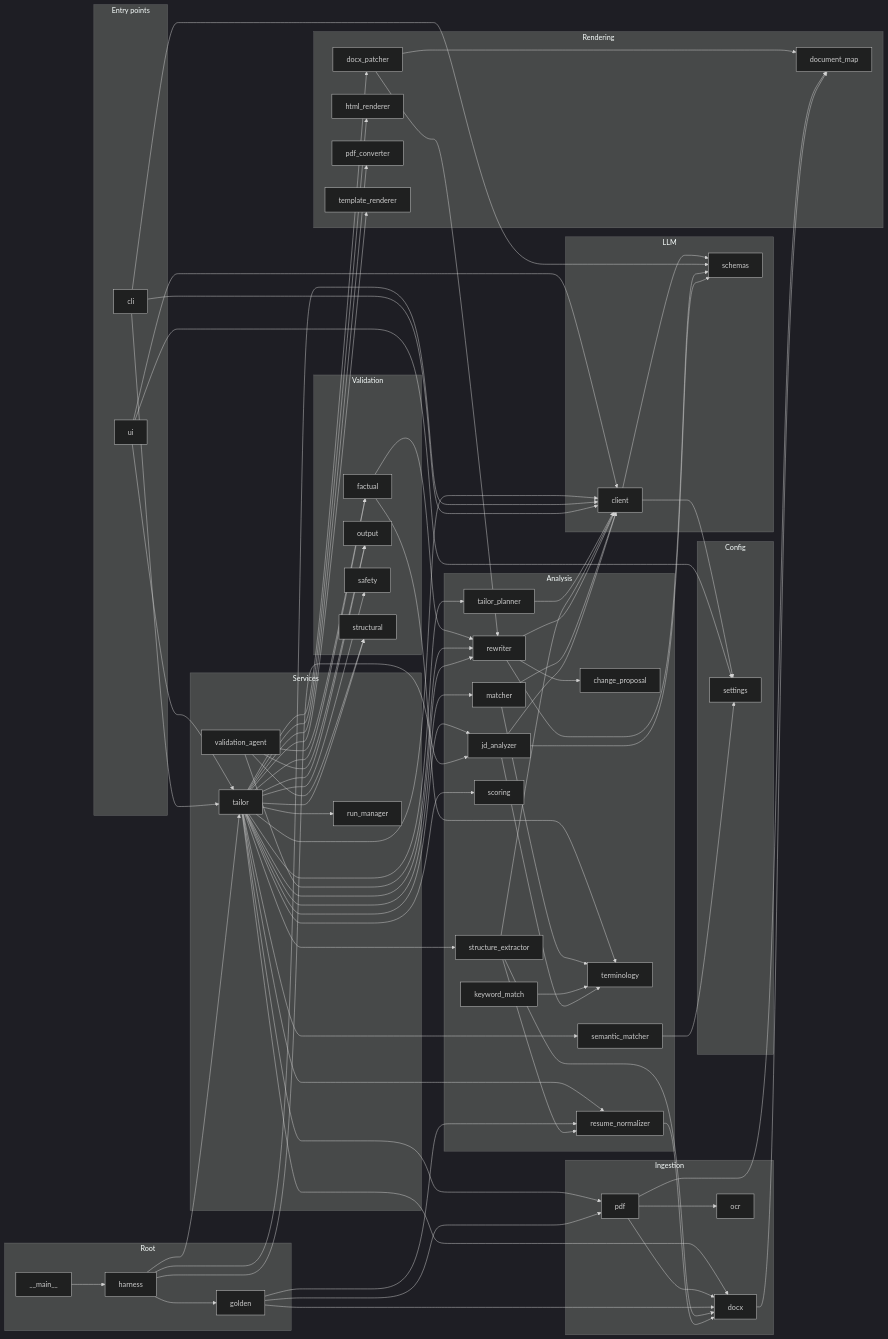
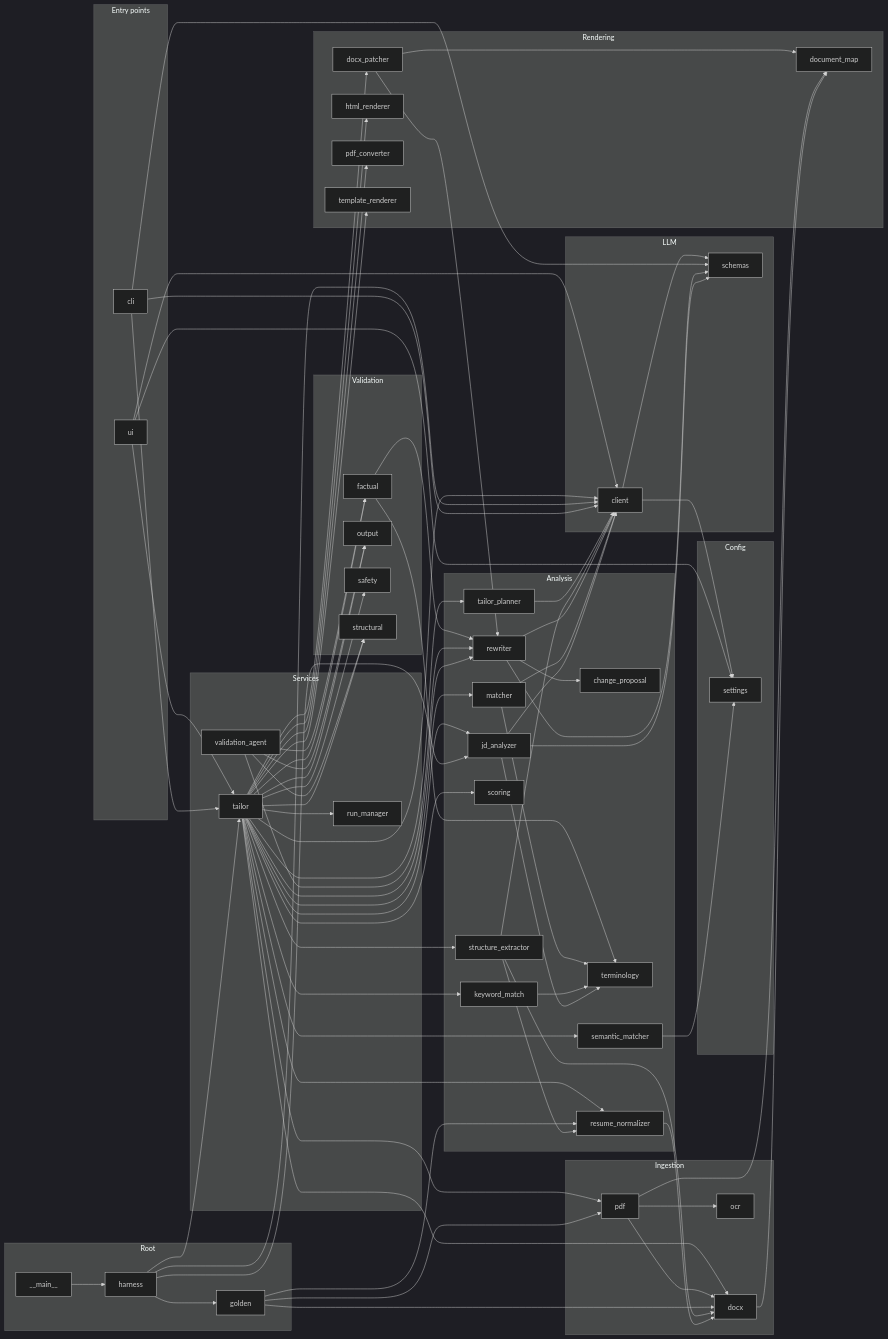
The diagram in docs/KNOWLEDGE_GRAPH.md (alwayss-snape/Resume-optimizer), drawn with Mermaid (dark theme) before and after one commit. The commit also changed other lines of this file and 14 other files, not shown here.

```diff
--- a/docs/KNOWLEDGE_GRAPH.md
+++ b/docs/KNOWLEDGE_GRAPH.md
@@ -822,6 +826,7 @@
   rendering_docx_patcher --> analysis_rewriter
   rendering_docx_patcher --> rendering_document_map
   services_tailor --> analysis_jd_analyzer
+  services_tailor --> analysis_keyword_match
   services_tailor --> analysis_matcher
   services_tailor --> analysis_resume_normalizer
   services_tailor --> analysis_rewriter
```
